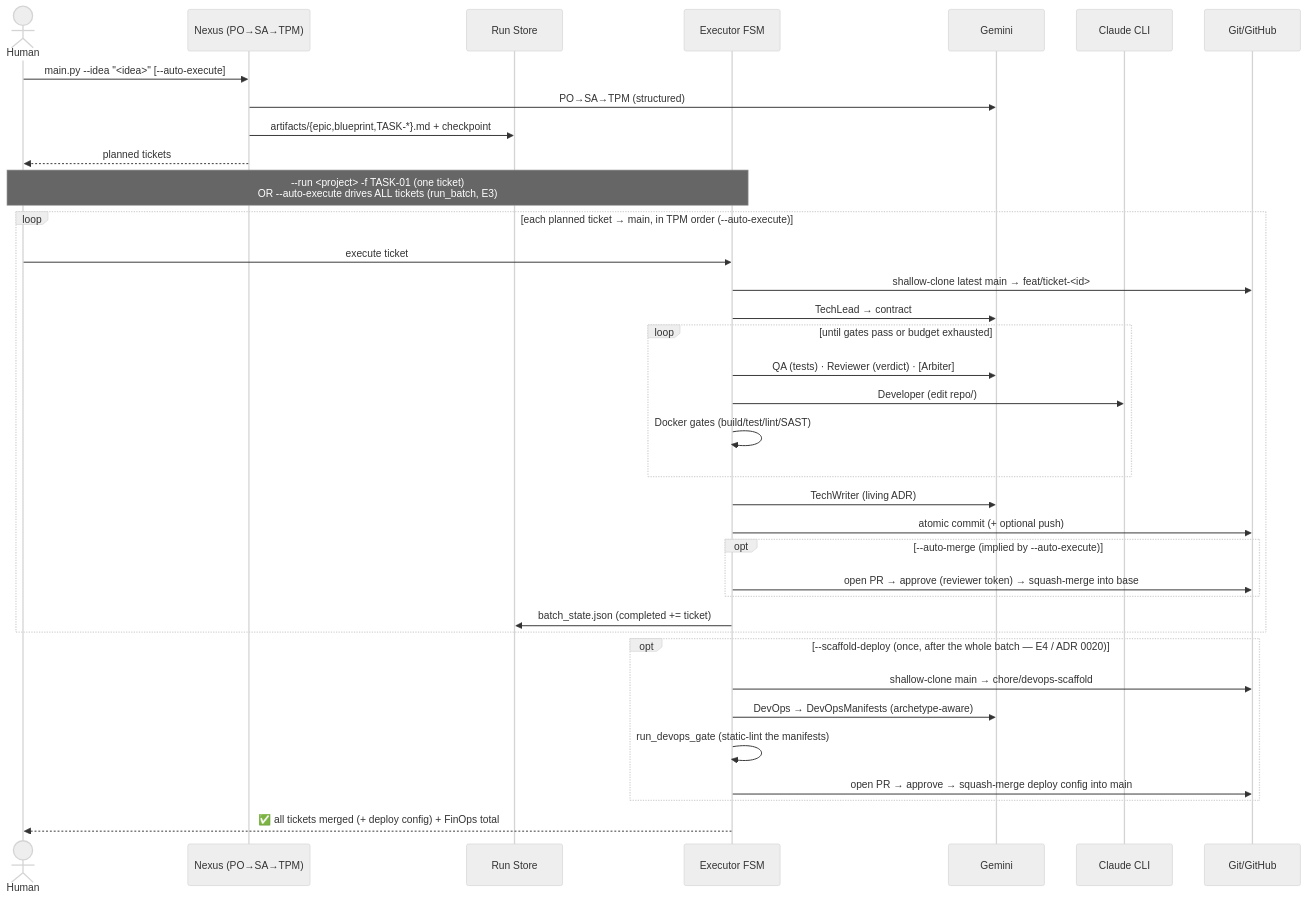
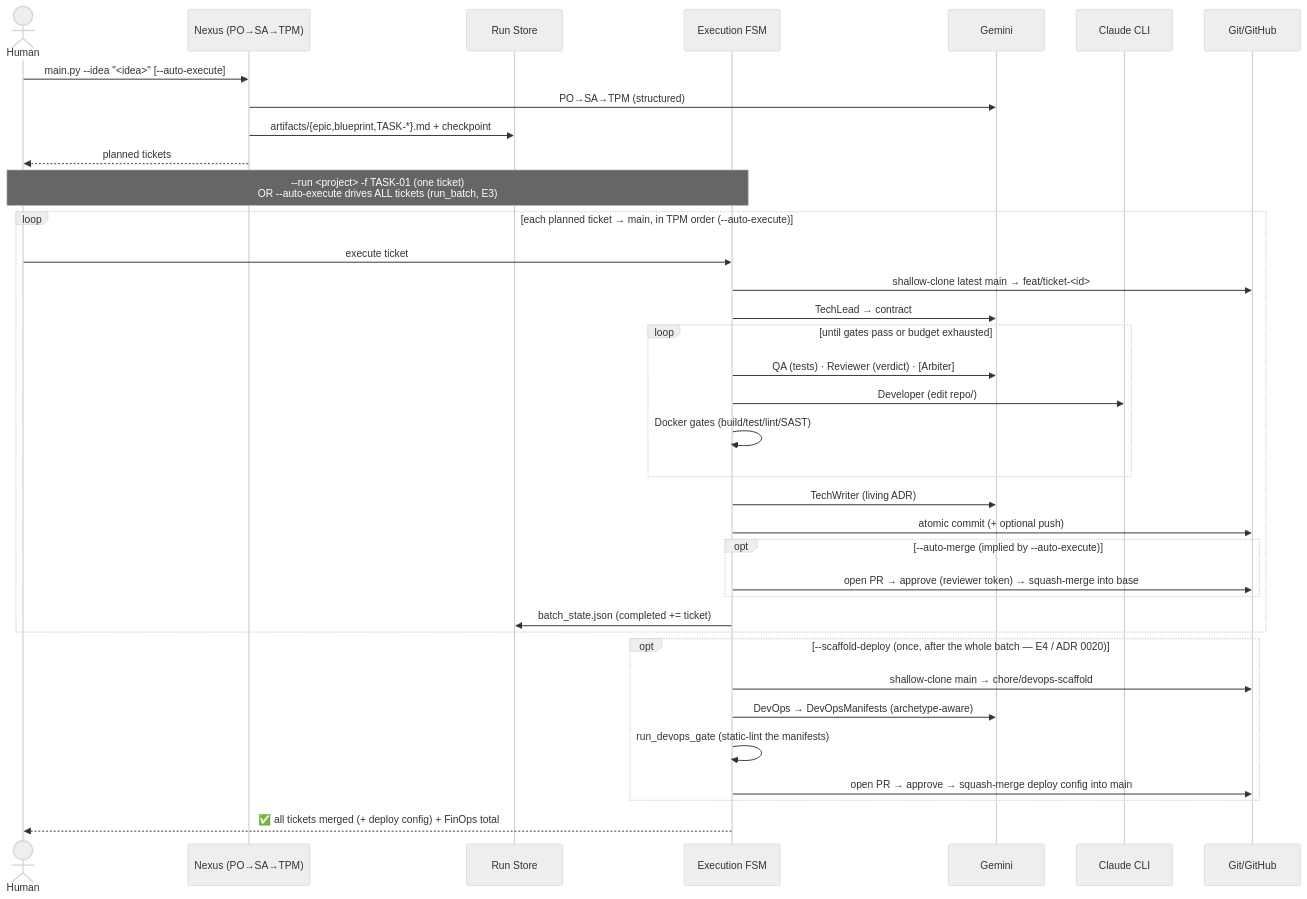
The fourth of 4 diagrams in docs/ARCHITECTURE.md (pavel-shyrko/async-agentic-sdlc), drawn with Mermaid (neutral theme) before and after one commit. The commit also changed other lines of this file and 20 other files, not shown here.

````diff
--- a/docs/ARCHITECTURE.md
+++ b/docs/ARCHITECTURE.md
@@ -214,40 +221,40 @@
 ```mermaid
 sequenceDiagram
     actor H as Human
     participant N as Nexus (PO→SA→TPM)
     participant FS as Run Store
-    participant X as Executor FSM
+    participant X as Execution FSM
     participant G as Gemini
     participant C as Claude CLI
     participant R as Git/GitHub
 
     H->>N: main.py --idea "<idea>" [--auto-execute]
     N->>G: PO→SA→TPM (structured)
     N->>FS: artifacts/{epic,blueprint,TASK-*}.md + checkpoint
     N-->>H: planned tickets
 
     Note over H,X: --run <project> -f TASK-01 (one ticket)<br/>OR --auto-execute drives ALL tickets (run_batch, E3)
     loop each planned ticket → main, in TPM order (--auto-execute)
         H->>X: execute ticket
         X->>R: shallow-clone latest main → feat/ticket-<id>
         X->>G: TechLead → contract
         loop until gates pass or budget exhausted
             X->>G: QA (tests) · Reviewer (verdict) · [Arbiter]
             X->>C: Developer (edit repo/)
             X->>X: Docker gates (build/test/lint/SAST)
         end
         X->>G: TechWriter (living ADR)
         X->>R: atomic commit (+ optional push)
         opt --auto-merge (implied by --auto-execute)
             X->>R: open PR → approve (reviewer token) → squash-merge into base
         end
         X->>FS: batch_state.json (completed += ticket)
     end
     opt --scaffold-deploy (once, after the whole batch — E4 / ADR 0020)
         X->>R: shallow-clone main → chore/devops-scaffold
         X->>G: DevOps → DevOpsManifests (archetype-aware)
         X->>X: run_devops_gate (static-lint the manifests)
         X->>R: open PR → approve → squash-merge deploy config into main
     end
     X-->>H: ✅ all tickets merged (+ deploy config) + FinOps total
 ```
````
